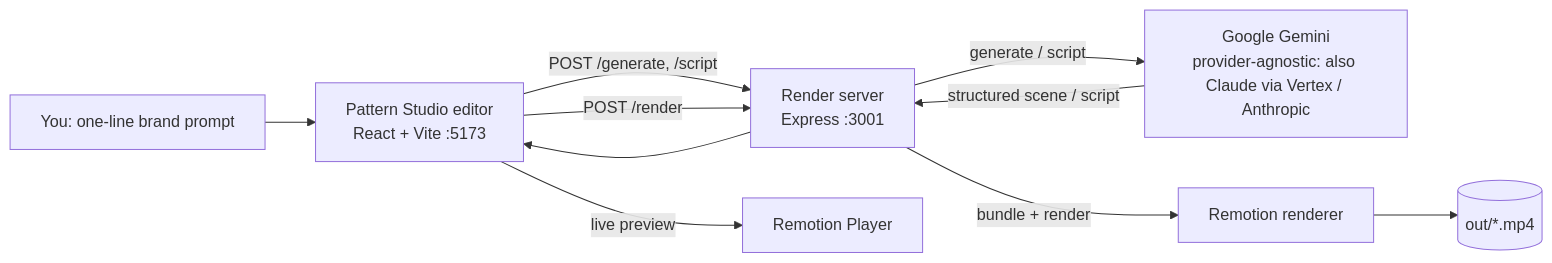
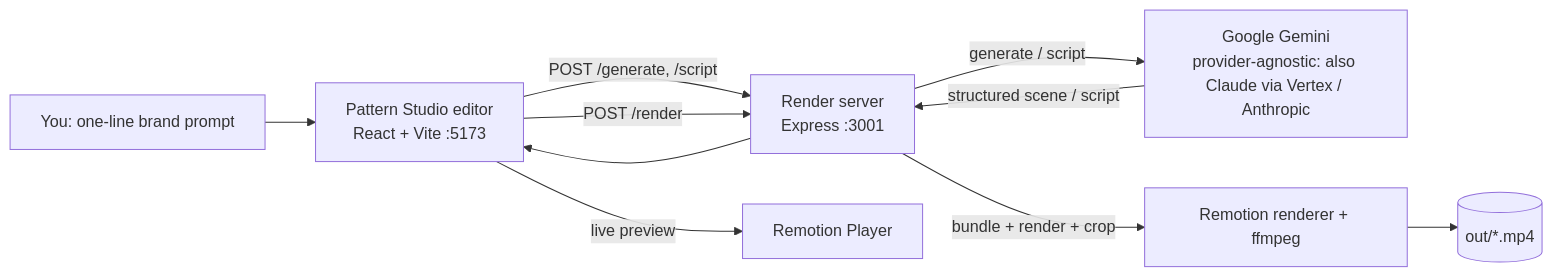
Before and after one commit to trishit726/Pattern-studio-: the diagram in README.md, drawn with Mermaid. The commit also changed other lines of this file and 1 other file, not shown here.

````diff
--- a/README.md
+++ b/README.md
@@ -50,12 +59,12 @@
 ```mermaid
 flowchart LR
   U[You: one-line brand prompt] --> APP[Pattern Studio editor<br/>React + Vite :5173]
   APP -- POST /generate, /script --> SRV[Render server<br/>Express :3001]
   SRV -- generate / script --> AI[Google Gemini<br/>provider-agnostic: also Claude via Vertex / Anthropic]
   AI -- structured scene / script --> SRV
   SRV --> APP
   APP -- live preview --> PLAYER[Remotion Player]
   APP -- POST /render --> SRV
-  SRV -- bundle + render --> REMOTION[Remotion renderer]
+  SRV -- bundle + render + crop --> REMOTION[Remotion renderer + ffmpeg]
   REMOTION --> MP4[(out/*.mp4)]
 ```
````
